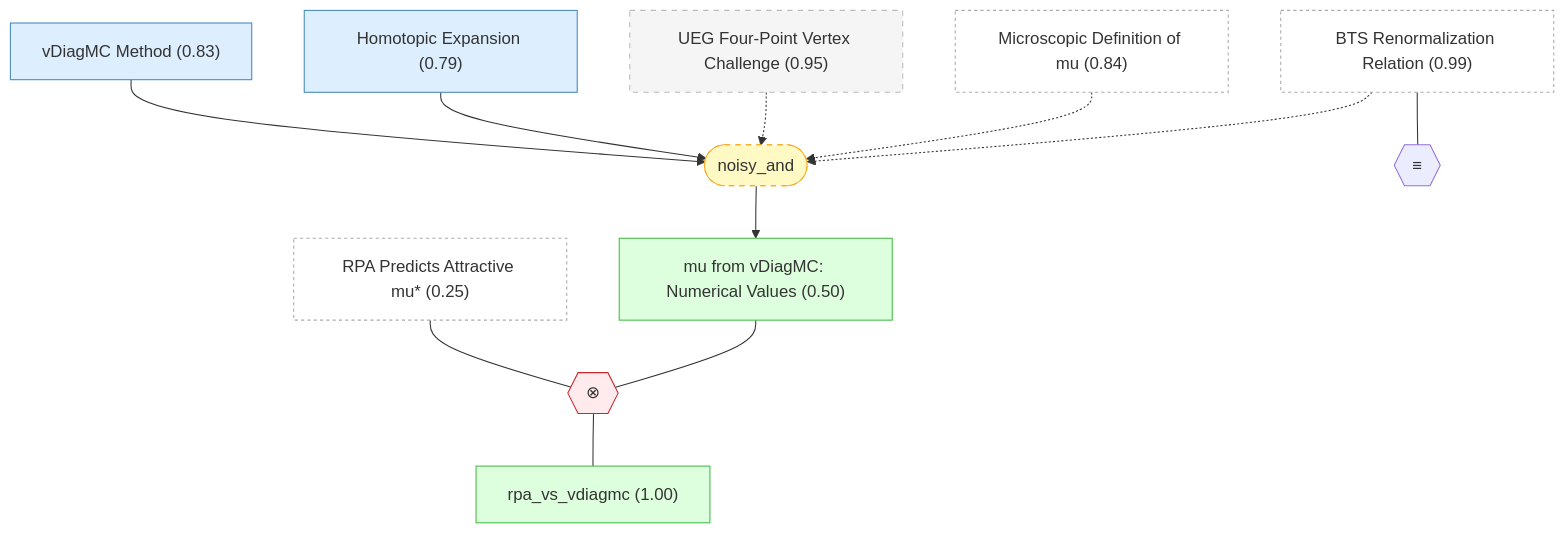
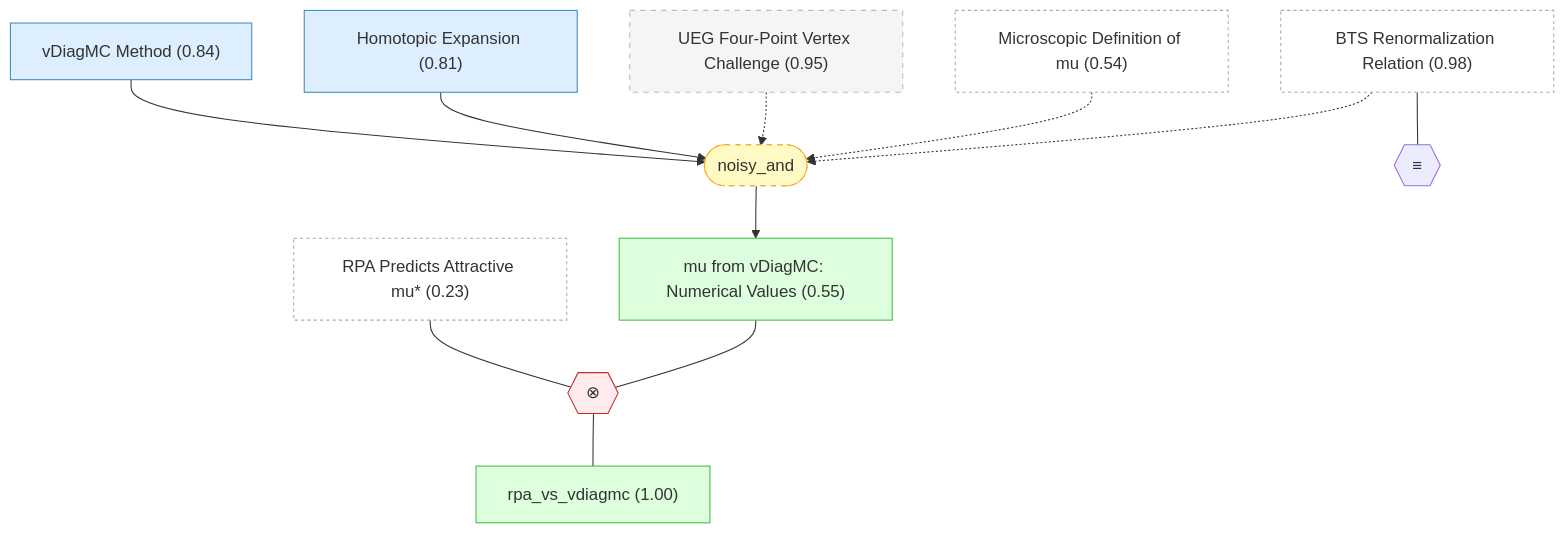
Before and after one commit to kunyuan/SuperconductivityElectronLiquids.gaia: the fourth of 6 diagrams in docs/detailed-reasoning.md, drawn with Mermaid. The commit also changed other lines of this file and 24 other files, not shown here.

````diff
--- a/docs/detailed-reasoning.md
+++ b/docs/detailed-reasoning.md
@@ -508,34 +528,34 @@
 ```mermaid
 graph TD
-    bts_renormalization["BTS Renormalization Relation (0.99)"]:::external
-    rpa_predicts_attractive_mu["RPA Predicts Attractive mu#ast; (0.25)"]:::external
-    mu_microscopic_definition["Microscopic Definition of mu (0.84)"]:::external
+    bts_renormalization["BTS Renormalization Relation (0.98)"]:::external
+    rpa_predicts_attractive_mu["RPA Predicts Attractive mu#ast; (0.23)"]:::external
+    mu_microscopic_definition["Microscopic Definition of mu (0.54)"]:::external
     ueg_vertex_challenge["UEG Four-Point Vertex Challenge (0.95)"]:::background
-    vdiagmc_method["vDiagMC Method (0.83)"]:::premise
-    homotopic_expansion["Homotopic Expansion (0.79)"]:::premise
-    mu_vdiagmc_values["mu from vDiagMC: Numerical Values (0.50)"]:::derived
+    vdiagmc_method["vDiagMC Method (0.84)"]:::premise
+    homotopic_expansion["Homotopic Expansion (0.81)"]:::premise
+    mu_vdiagmc_values["mu from vDiagMC: Numerical Values (0.55)"]:::derived
     rpa_vs_vdiagmc["rpa_vs_vdiagmc (1.00)"]:::derived
     strat_11(["noisy_and"]):::weak
     vdiagmc_method --> strat_11
     homotopic_expansion --> strat_11
     ueg_vertex_challenge -.-> strat_11
     mu_microscopic_definition -.-> strat_11
     bts_renormalization -.-> strat_11
     strat_11 --> mu_vdiagmc_values
     oper_0{{"≡"}}
     bts_renormalization --- oper_0
     oper_1{{"⊗"}}:::contra
     rpa_predicts_attractive_mu --- oper_1
     mu_vdiagmc_values --- oper_1
     oper_1 --- rpa_vs_vdiagmc
 
     classDef setting fill:#f0f0f0,stroke:#999,color:#333
     classDef premise fill:#ddeeff,stroke:#4488bb,color:#333
     classDef derived fill:#ddffdd,stroke:#44bb44,color:#333
     classDef question fill:#fff3dd,stroke:#cc9944,color:#333
     classDef background fill:#f5f5f5,stroke:#bbb,stroke-dasharray: 5 5,color:#333
     classDef orphan fill:#fff,stroke:#ccc,stroke-dasharray: 5 5,color:#333
     classDef external fill:#fff,stroke:#aaa,stroke-dasharray: 3 3,color:#333
     classDef weak fill:#fff9c4,stroke:#f9a825,stroke-dasharray: 5 5,color:#333
     classDef contra fill:#ffebee,stroke:#c62828,color:#333
 ```
````
